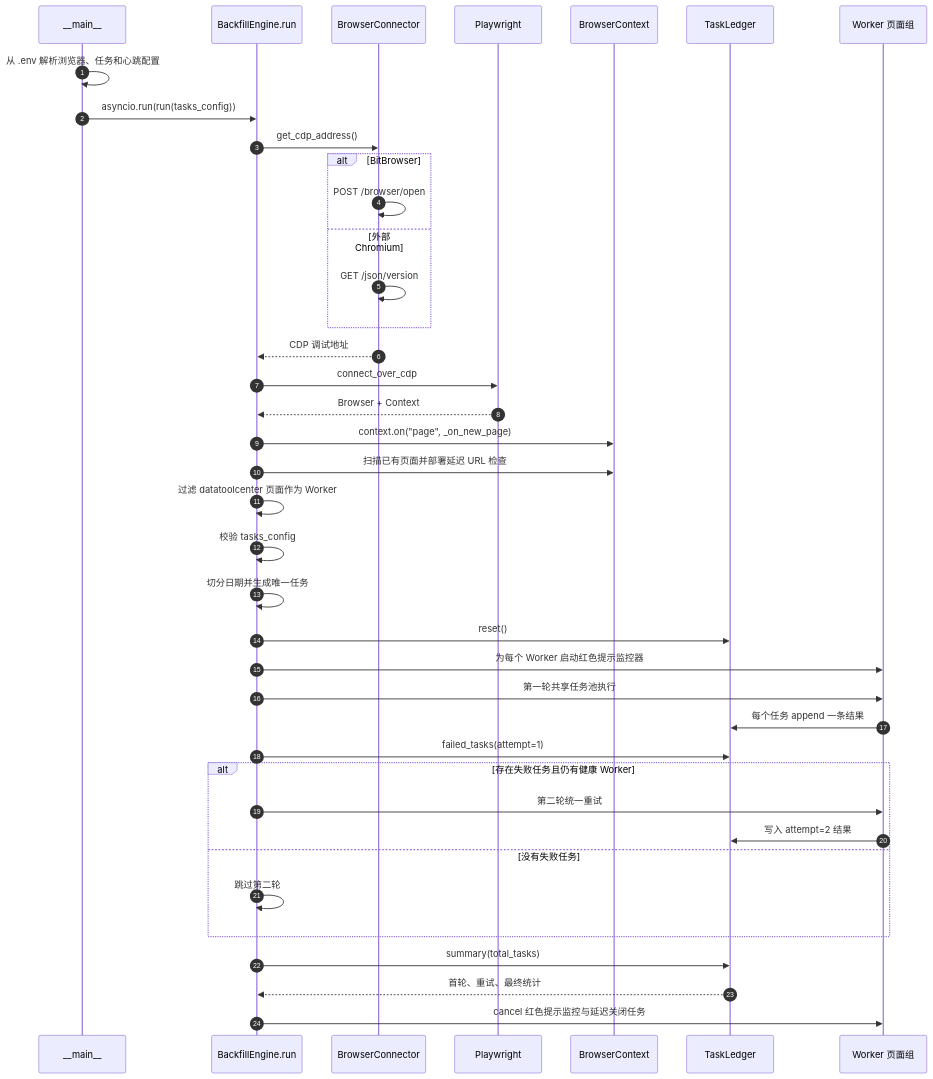
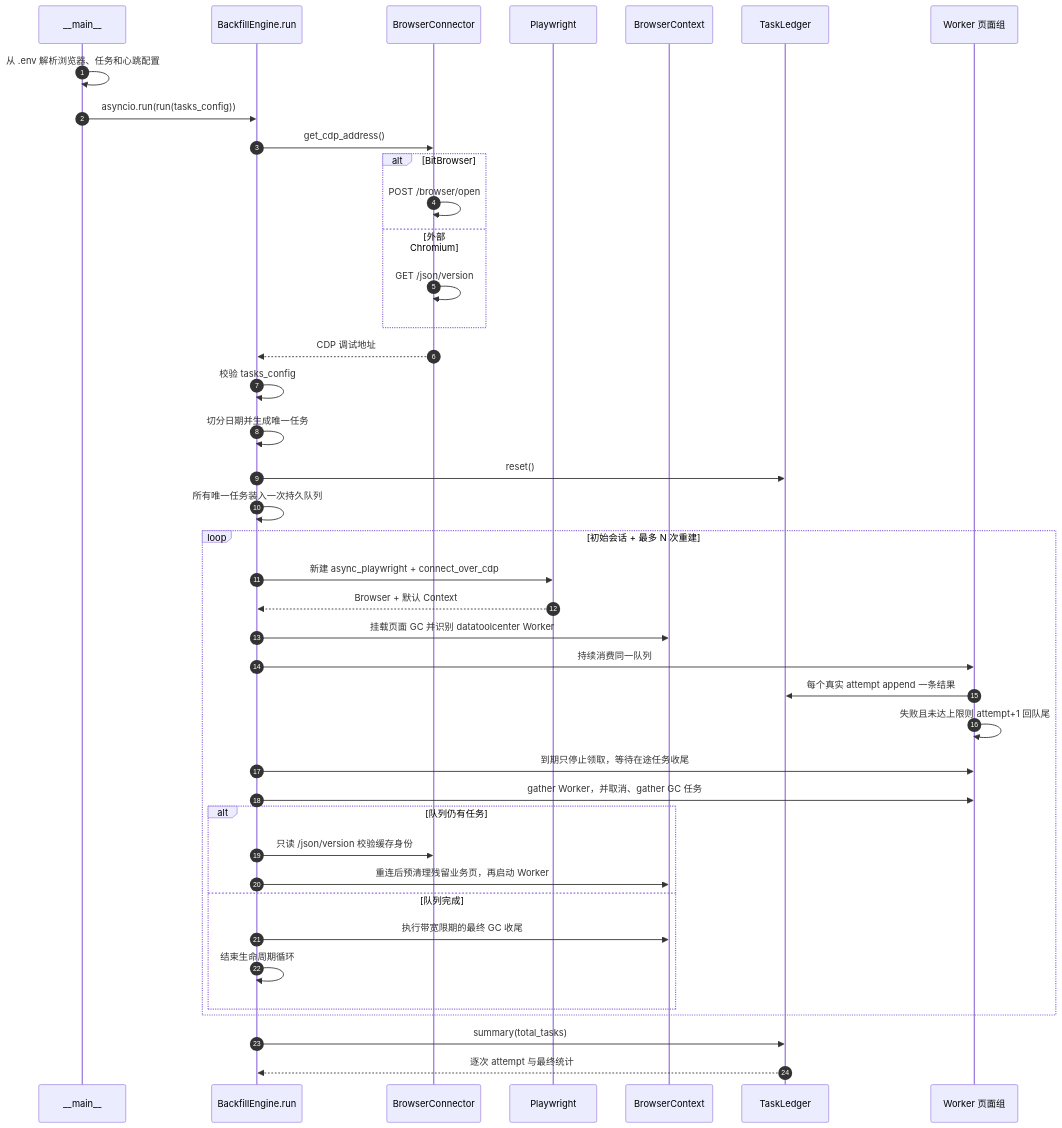
The fourth of 15 diagrams in ARCHITECTURE.md (liao084/BitBrowser-Backfill-Engine), drawn with Mermaid before and after one commit. The commit also changed other lines of this file and 7 other files, not shown here.

````diff
--- a/ARCHITECTURE.md
+++ b/ARCHITECTURE.md
@@ -155,42 +158,44 @@
 ```mermaid
 sequenceDiagram
     autonumber
     participant Main as __main__
     participant Engine as BackfillEngine.run
     participant Connector as BrowserConnector
     participant PW as Playwright
     participant Ctx as BrowserContext
     participant Ledger as TaskLedger
     participant Workers as Worker 页面组
 
     Main->>Main: 从 .env 解析浏览器、任务和心跳配置
     Main->>Engine: asyncio.run(run(tasks_config))
     Engine->>Connector: get_cdp_address()
     alt BitBrowser
         Connector->>Connector: POST /browser/open
     else 外部 Chromium
         Connector->>Connector: GET /json/version
     end
     Connector-->>Engine: CDP 调试地址
-    Engine->>PW: connect_over_cdp
-    PW-->>Engine: Browser + Context
-    Engine->>Ctx: context.on("page", _on_new_page)
-    Engine->>Ctx: 扫描已有页面并部署延迟 URL 检查
-    Engine->>Engine: 过滤 datatoolcenter 页面作为 Worker
     Engine->>Engine: 校验 tasks_config
     Engine->>Engine: 切分日期并生成唯一任务
     Engine->>Ledger: reset()
-    Engine->>Workers: 为每个 Worker 启动红色提示监控器
-    Engine->>Workers: 第一轮共享任务池执行
-    Workers->>Ledger: 每个任务 append 一条结果
-    Engine->>Ledger: failed_tasks(attempt=1)
-    alt 存在失败任务且仍有健康 Worker
-        Engine->>Workers: 第二轮统一重试
-        Workers->>Ledger: 写入 attempt=2 结果
-    else 没有失败任务
-        Engine->>Engine: 跳过第二轮
+    Engine->>Engine: 所有唯一任务装入一次持久队列
+    loop 初始会话 + 最多 N 次重建
+        Engine->>PW: 新建 async_playwright + connect_over_cdp
+        PW-->>Engine: Browser + 默认 Context
+        Engine->>Ctx: 挂载页面 GC 并识别 datatoolcenter Worker
+        Engine->>Workers: 持续消费同一队列
+        Workers->>Ledger: 每个真实 attempt append 一条结果
+        Workers->>Workers: 失败且未达上限则 attempt+1 回队尾
+        Engine->>Workers: 到期只停止领取，等待在途任务收尾
+        Engine->>Workers: gather Worker，并取消、gather GC 任务
+        alt 队列仍有任务
+            Engine->>Connector: 只读 /json/version 校验缓存身份
+            Engine->>Ctx: 重连后预清理残留业务页，再启动 Worker
+        else 队列完成
+            Engine->>Ctx: 执行带宽限期的最终 GC 收尾
+            Engine->>Engine: 结束生命周期循环
+        end
     end
     Engine->>Ledger: summary(total_tasks)
-    Ledger-->>Engine: 首轮、重试、最终统计
-    Engine->>Workers: cancel 红色提示监控与延迟关闭任务
+    Ledger-->>Engine: 逐次 attempt 与最终统计
 ```
````
